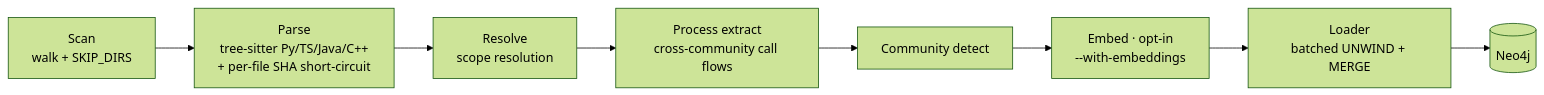
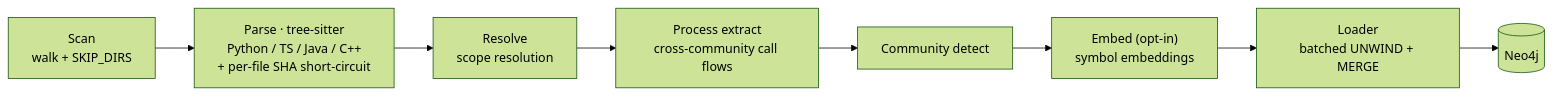
Before and after one commit to cintelis/twai-swarm: the seventh of 9 diagrams in README.md, drawn with Mermaid (forest theme). The commit also changed other lines of this file, not shown here.

Commit message:
docs: fix Mermaid diagrams that failed to render on GitHub

````diff
--- a/README.md
+++ b/README.md
@@ -272,10 +272,10 @@
 ```mermaid
 flowchart LR
-    SCAN["Scan<br/>walk + SKIP_DIRS"] --> PARSE["Parse<br/>tree-sitter Py/TS/Java/C++<br/>+ per-file SHA short-circuit"]
+    SCAN["Scan<br/>walk + SKIP_DIRS"] --> PARSE["Parse · tree-sitter<br/>Python / TS / Java / C++<br/>+ per-file SHA short-circuit"]
     PARSE --> RESOLVE["Resolve<br/>scope resolution"]
     RESOLVE --> PROC["Process extract<br/>cross-community call flows"]
     PROC --> COMM["Community detect"]
-    COMM --> EMBED["Embed · opt-in<br/>--with-embeddings"]
+    COMM --> EMBED["Embed (opt-in)<br/>symbol embeddings"]
     EMBED --> LOAD["Loader<br/>batched UNWIND + MERGE"]
     LOAD --> NEO[("Neo4j")]
 ```
````
